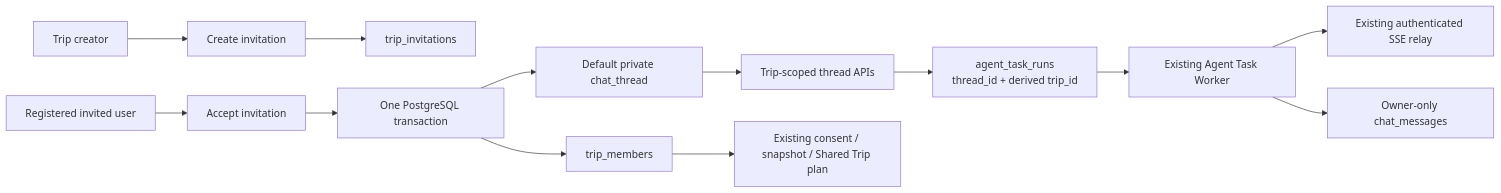
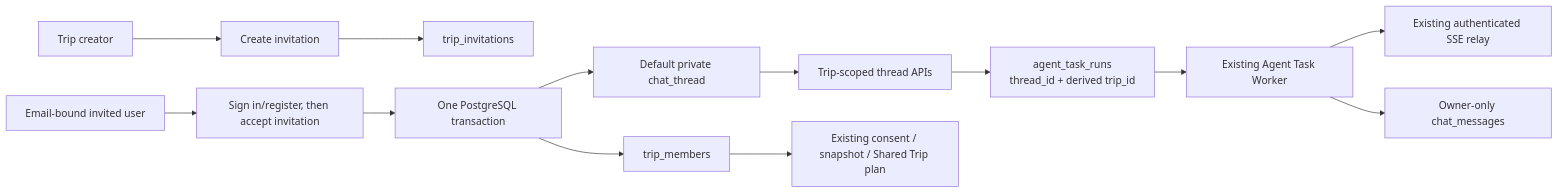
Before and after one commit to KuGua/wanderly-ai-travel-agent: the diagram in docs/trip-scoped-private-threads-implementation.md, drawn with Mermaid. The commit also changed other lines of this file and 23 other files, not shown here.

First line of the commit message:
feat: implement email-bound trip invitations without account enumeration

````diff
--- a/docs/trip-scoped-private-threads-implementation.md
+++ b/docs/trip-scoped-private-threads-implementation.md
@@ -43,15 +43,15 @@
 ```mermaid
 flowchart LR
   O["Trip creator"] --> IC["Create invitation"]
   IC --> INV["trip_invitations"]
-  U["Registered invited user"] --> IA["Accept invitation"]
+  U["Email-bound invited user"] --> IA["Sign in/register, then accept invitation"]
   IA --> TX["One PostgreSQL transaction"]
   TX --> TM["trip_members"]
   TX --> DT["Default private chat_thread"]
   DT --> CT["Trip-scoped thread APIs"]
   CT --> AT["agent_task_runs\nthread_id + derived trip_id"]
   AT --> W["Existing Agent Task Worker"]
   W --> SSE["Existing authenticated SSE relay"]
   W --> MSG["Owner-only chat_messages"]
   TM --> SP["Existing consent / snapshot / Shared Trip plan"]
 ```
````
